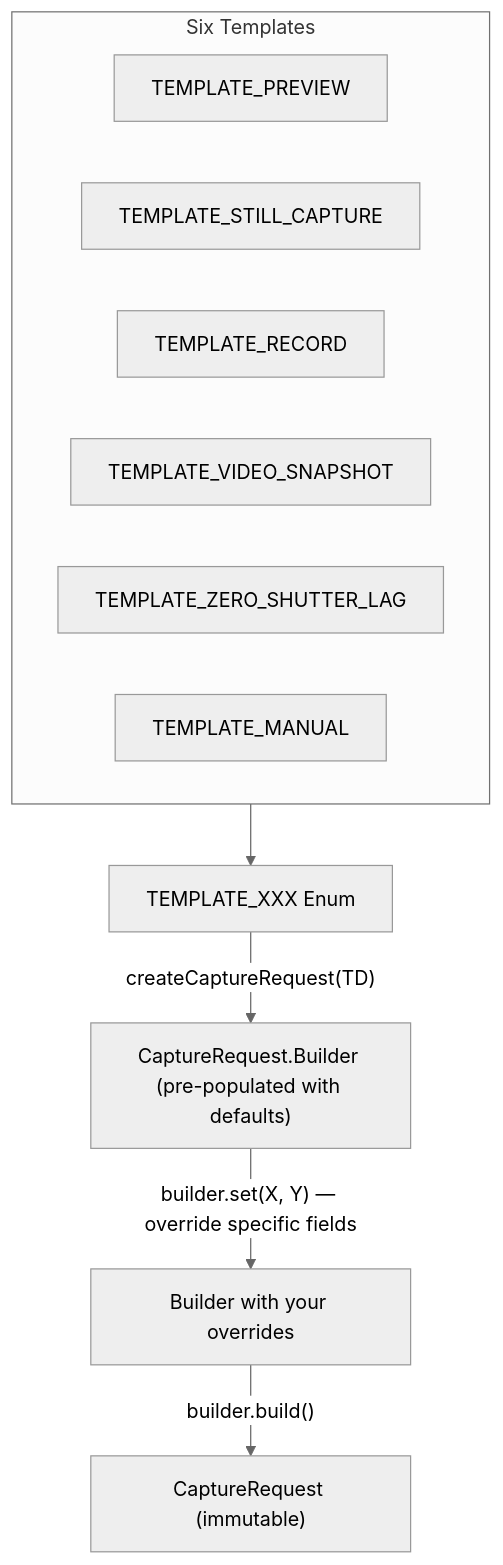
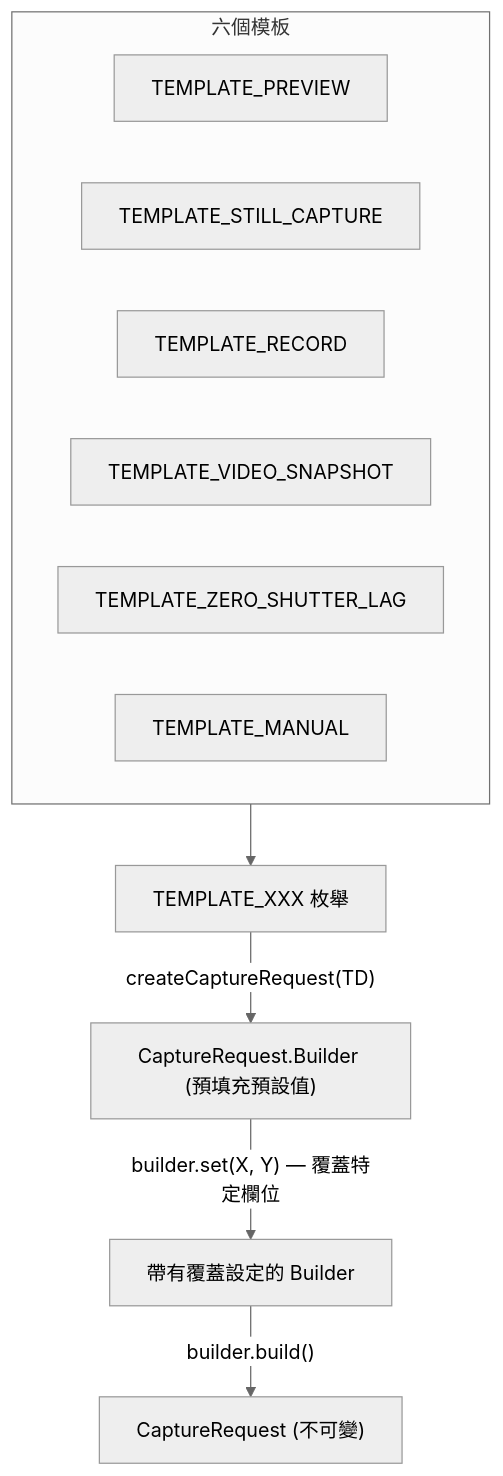
Before and after one commit to zoozooll/AndroidCameraParameters: the fifth of 6 diagrams in website/i18n/zh-Hant/docusaurus-plugin-content-docs/current/camera2/capture-types.md, drawn with Mermaid (neutral theme). The commit also changed other lines of this file and 378 other files, not shown here.

````diff
--- a/website/i18n/zh-Hant/docusaurus-plugin-content-docs/current/camera2/capture-types.md
+++ b/website/i18n/zh-Hant/docusaurus-plugin-content-docs/current/camera2/capture-types.md
@@ -347,17 +347,17 @@
 ```mermaid
 graph TD
-    TD["TEMPLATE_XXX Enum"] -->|"createCaptureRequest(TD)"| B["CaptureRequest.Builder (pre-populated with defaults)"]
-    B -->|"builder.set(X, Y) — override specific fields"| B2["Builder with your overrides"]
-    B2 -->|"builder.build()"| R["CaptureRequest (immutable)"]
+    TD["TEMPLATE_XXX 枚舉"] -->|"createCaptureRequest(TD)"| B["CaptureRequest.Builder (預填充預設值)"]
+    B -->|"builder.set(X, Y) — 覆蓋特定欄位"| B2["帶有覆蓋設定的 Builder"]
+    B2 -->|"builder.build()"| R["CaptureRequest (不可變)"]
 
-    subgraph TemplateDefinitions ["Six Templates"]
+    subgraph TemplateDefinitions ["六個模板"]
         T1["TEMPLATE_PREVIEW"]
         T2["TEMPLATE_STILL_CAPTURE"]
         T3["TEMPLATE_RECORD"]
         T4["TEMPLATE_VIDEO_SNAPSHOT"]
         T5["TEMPLATE_ZERO_SHUTTER_LAG"]
         T6["TEMPLATE_MANUAL"]
     end
 
     TemplateDefinitions --> TD
 ```
````
